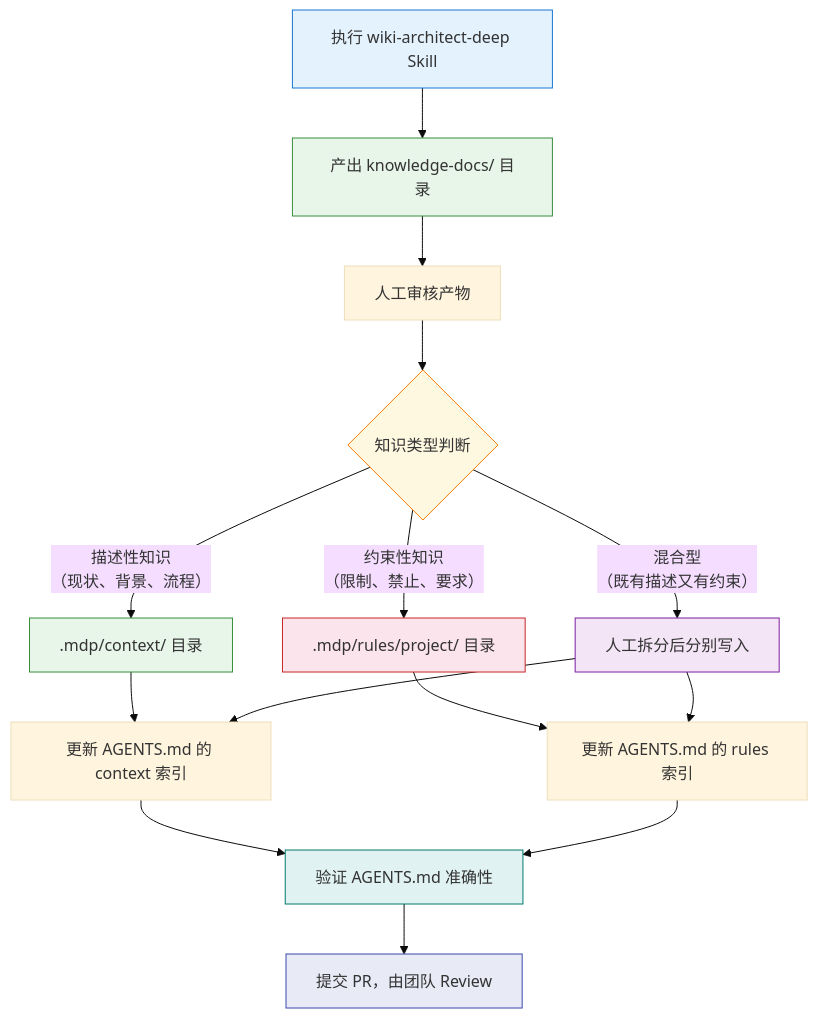
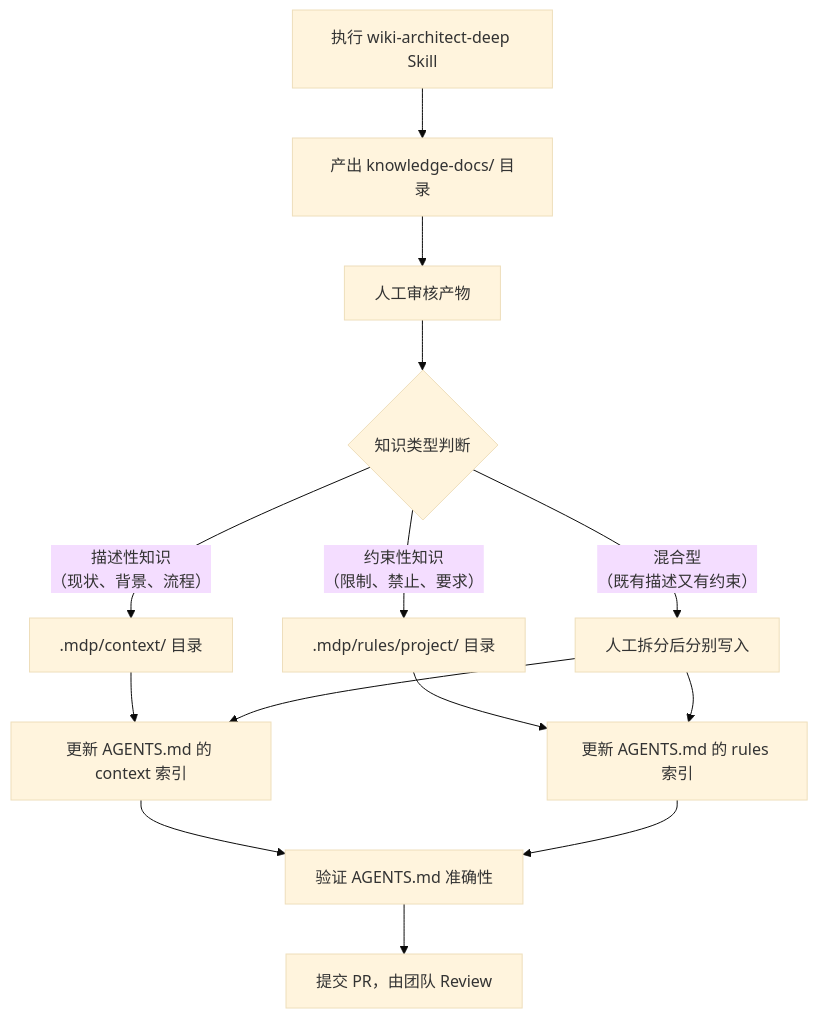
One commit to zlh-428/zlh-428 changed the second of 4 diagrams in ai-coding/knowledge-base.md. Above: the diagram before and after it, drawn with Mermaid (base theme). The commit also changed other lines of this file and 1 other file, not shown here.

First line of the commit message:
🩹 fix: remove Mermaid style directives for GitHub rendering

````diff
--- a/ai-coding/knowledge-base.md
+++ b/ai-coding/knowledge-base.md
@@ -173,28 +166,19 @@
 ```Mermaid
 flowchart TD
     A["执行 wiki-architect-deep Skill"] --> B["产出 knowledge-docs/ 目录"]
     B --> C["人工审核产物"]
     
     C --> D{"知识类型判断"}
     D -->|"描述性知识<br/>（现状、背景、流程）"| E[".mdp/context/ 目录"]
     D -->|"约束性知识<br/>（限制、禁止、要求）"| F[".mdp/rules/project/ 目录"]
     D -->|"混合型<br/>（既有描述又有约束）"| G["人工拆分后分别写入"]
     
     E --> H["更新 AGENTS.md 的 context 索引"]
     F --> I["更新 AGENTS.md 的 rules 索引"]
     G --> H
     G --> I
     
     H --> J["验证 AGENTS.md 准确性"]
     I --> J
     J --> K["提交 PR，由团队 Review"]
-    
-    style A fill:#e3f2fd,stroke:#1976D2
-    style B fill:#e8f5e9,stroke:#388E3C
-    style D fill:#fff8e1,stroke:#F57C00
-    style E fill:#e8f5e9,stroke:#388E3C
-    style F fill:#fce4ec,stroke:#C62828
-    style G fill:#f3e5f5,stroke:#7B1FA2
-    style J fill:#e0f2f1,stroke:#00796B
-    style K fill:#e8eaf6,stroke:#3949AB
 ```
````
